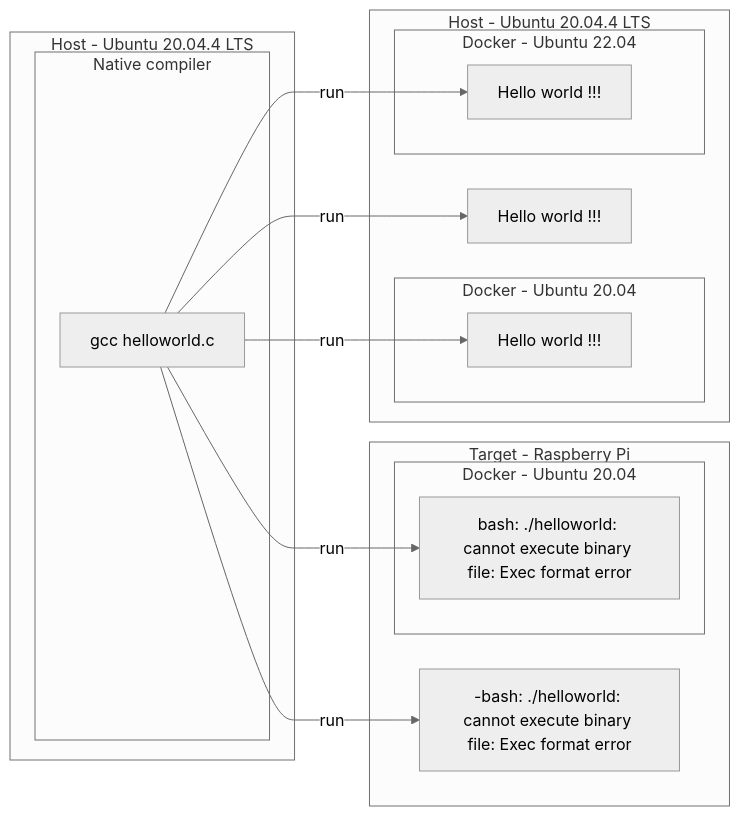
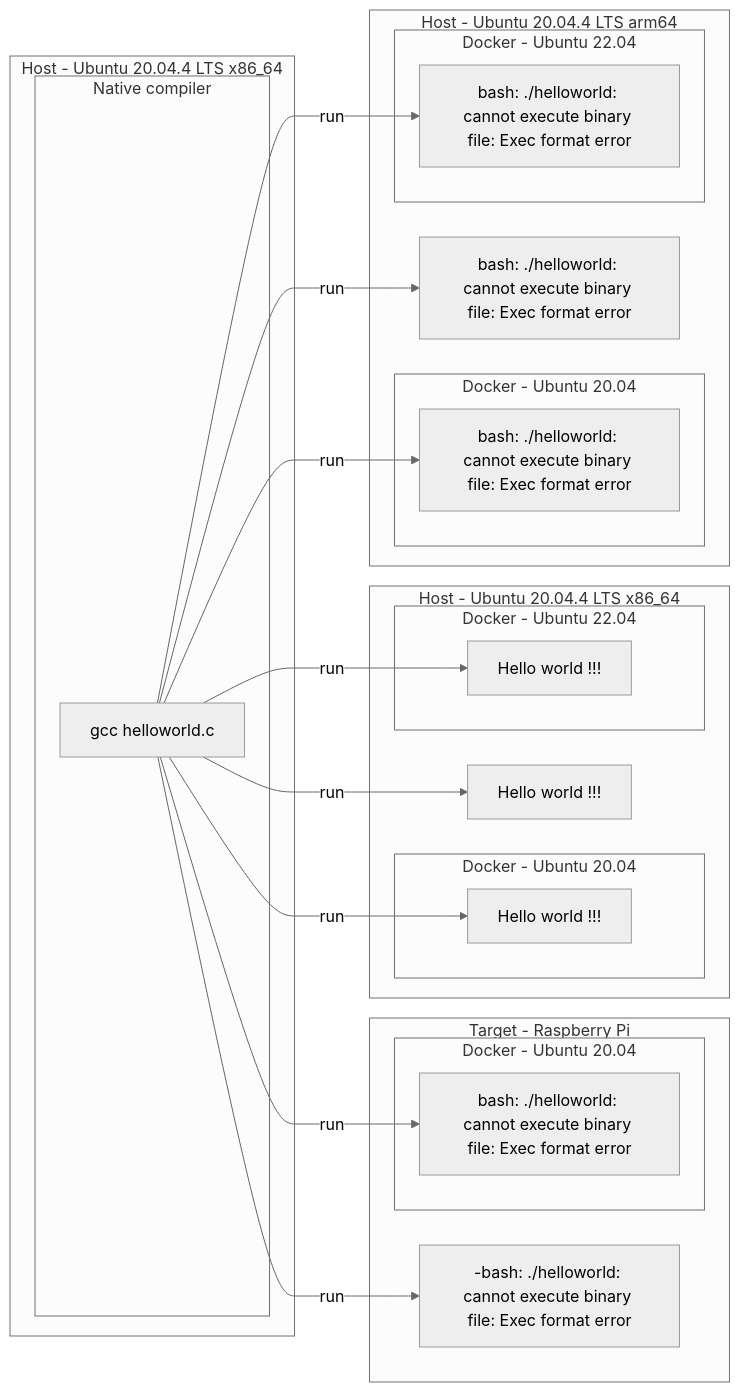
One commit to lankahsu520/CrossCompilationX changed the first of 7 diagrams in README.md. Above: the diagram before and after it, drawn with Mermaid (neutral theme). The commit also changed other lines of this file, not shown here.

````diff
--- a/README.md
+++ b/README.md
@@ -23,34 +23,46 @@
 ```mermaid
 flowchart LR
-	subgraph Host[Host - Ubuntu 20.04.4 LTS]
+	subgraph Host[Host - Ubuntu 20.04.4 LTS x86_64]
 		subgraph Native[Native compiler]
 			gcc[gcc helloworld.c]
 		end
 	end
 
 	subgraph Target[Target - Raspberry Pi]
 		helloworld_run_pi[-bash: ./helloworld: cannot execute binary file: Exec format error]
 		subgraph DockerPIU[Docker - Ubuntu 20.04]
 			helloworld_run_pi_u_docker[bash: ./helloworld: cannot execute binary file: Exec format error]
 		end
 	end
 
-
-	subgraph HostA[Host - Ubuntu 20.04.4 LTS]
+	subgraph HostA[Host - Ubuntu 20.04.4 LTS x86_64]
 		helloworld_run_host[Hello world !!!]
 		subgraph DockerAU2004[Docker - Ubuntu 20.04]
 			helloworld_run_AU2004_docker[Hello world !!!]
 		end
  		subgraph DockerAU2204[Docker - Ubuntu 22.04]
 			helloworld_run_AU2204_docker[Hello world !!!]
 		end
   end
-	
+
+	subgraph Host-arm64[Host - Ubuntu 20.04.4 LTS arm64]
+		helloworld_run_host-arm64[bash: ./helloworld: cannot execute binary file: Exec format error]
+		subgraph DockerAU2004-arm64[Docker - Ubuntu 20.04]
+			helloworld_run_AU2004_docker-arm64[bash: ./helloworld: cannot execute binary file: Exec format error]
+		end
+ 		subgraph DockerAU2204-arm64[Docker - Ubuntu 22.04]
+			helloworld_run_AU2204_docker-arm64[bash: ./helloworld: cannot execute binary file: Exec format error]
+		end
+  end
+
 	gcc --> |run|helloworld_run_host
 	gcc --> |run|helloworld_run_AU2004_docker
 	gcc --> |run|helloworld_run_AU2204_docker
 
 	gcc --> |run|helloworld_run_pi
 	gcc --> |run|helloworld_run_pi_u_docker
-	
+
+	gcc --> |run|helloworld_run_host-arm64
+	gcc --> |run|helloworld_run_AU2004_docker-arm64
+	gcc --> |run|helloworld_run_AU2204_docker-arm64
 ```
````
